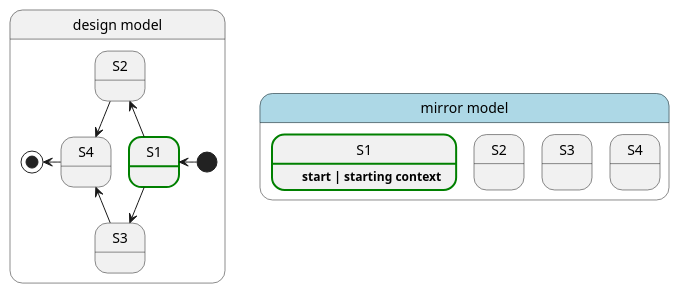
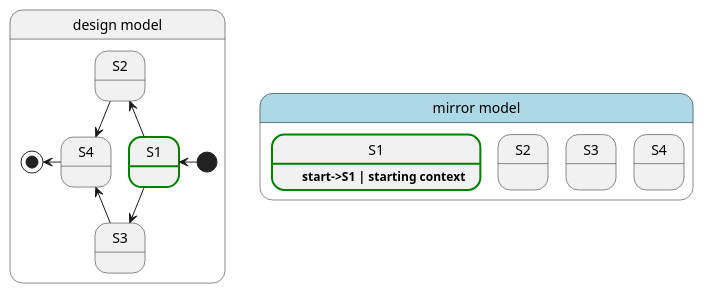
One commit to nemoworks/enkrinojs changed the diagram in docs/diagrams/enkrino2.puml. Above: the diagram before and after it, drawn with PlantUML. The commit also changed 6 other files, not shown here.

```diff
--- a/docs/diagrams/enkrino2.puml
+++ b/docs/diagrams/enkrino2.puml
@@ -1,27 +1,27 @@
 @startuml
 
 state "design model" as designedmodel {
     state S1 ##[bold]green
     state S2
     state S3
     state S4
 
 
     [*] -left-> S1
     S1 -up-> S2
     S1 -down-> S3
     S2 -down-> S4
     S3 -up-> S4
     S4 -left-> [*]
 }
 
 state "mirror model" as mirror#lightblue{
 
-    state "S1" as MS1 ##[bold]green : \t**start | starting context** 
+    state "S1" as MS1 ##[bold]green : \t**start->S1 | starting context** 
     state "S2" as MS2 : \t
     state "S3" as MS3 : \t
     state "S4" as MS4 : \t
 
 }
 
 @enduml
```
